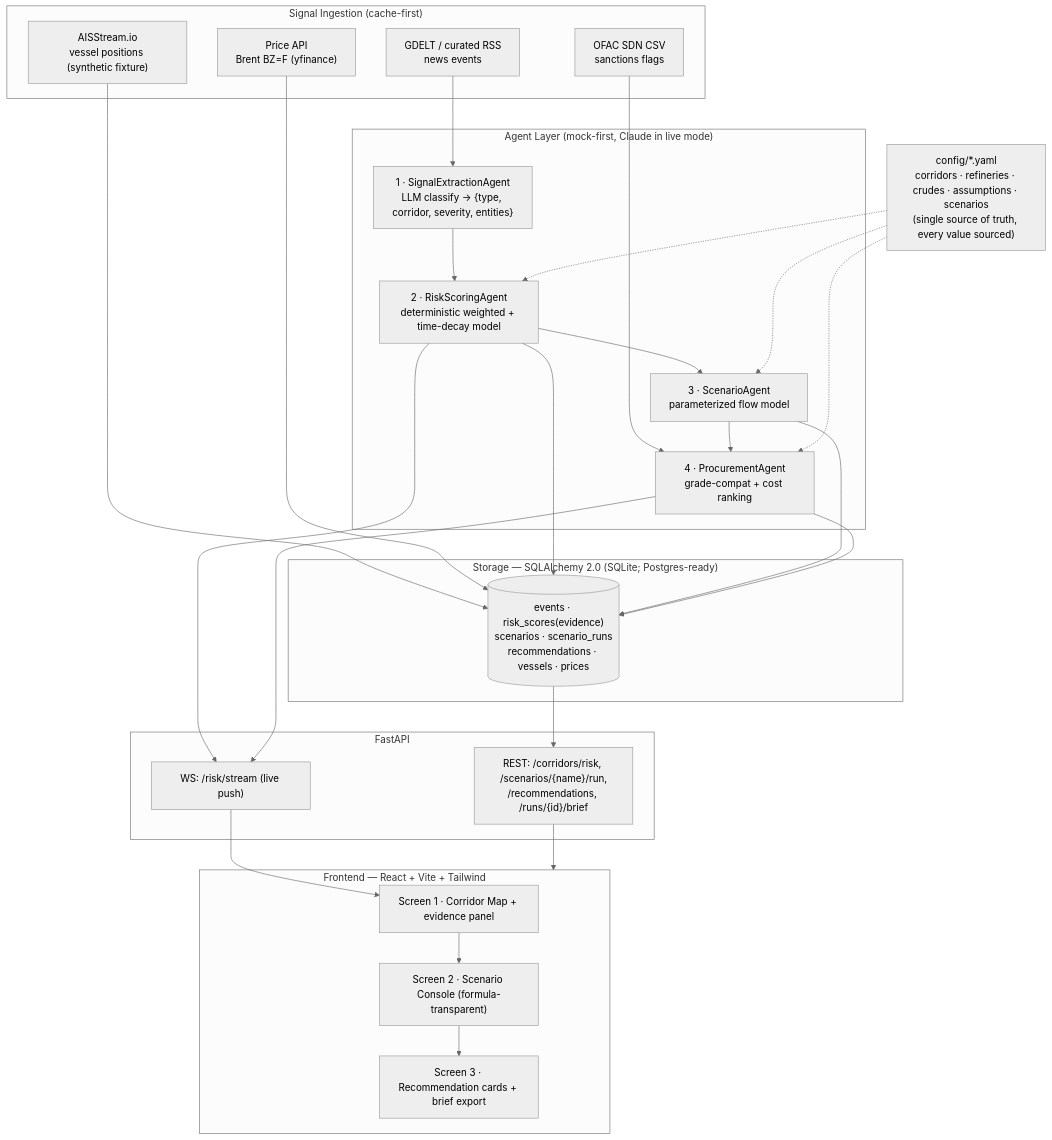
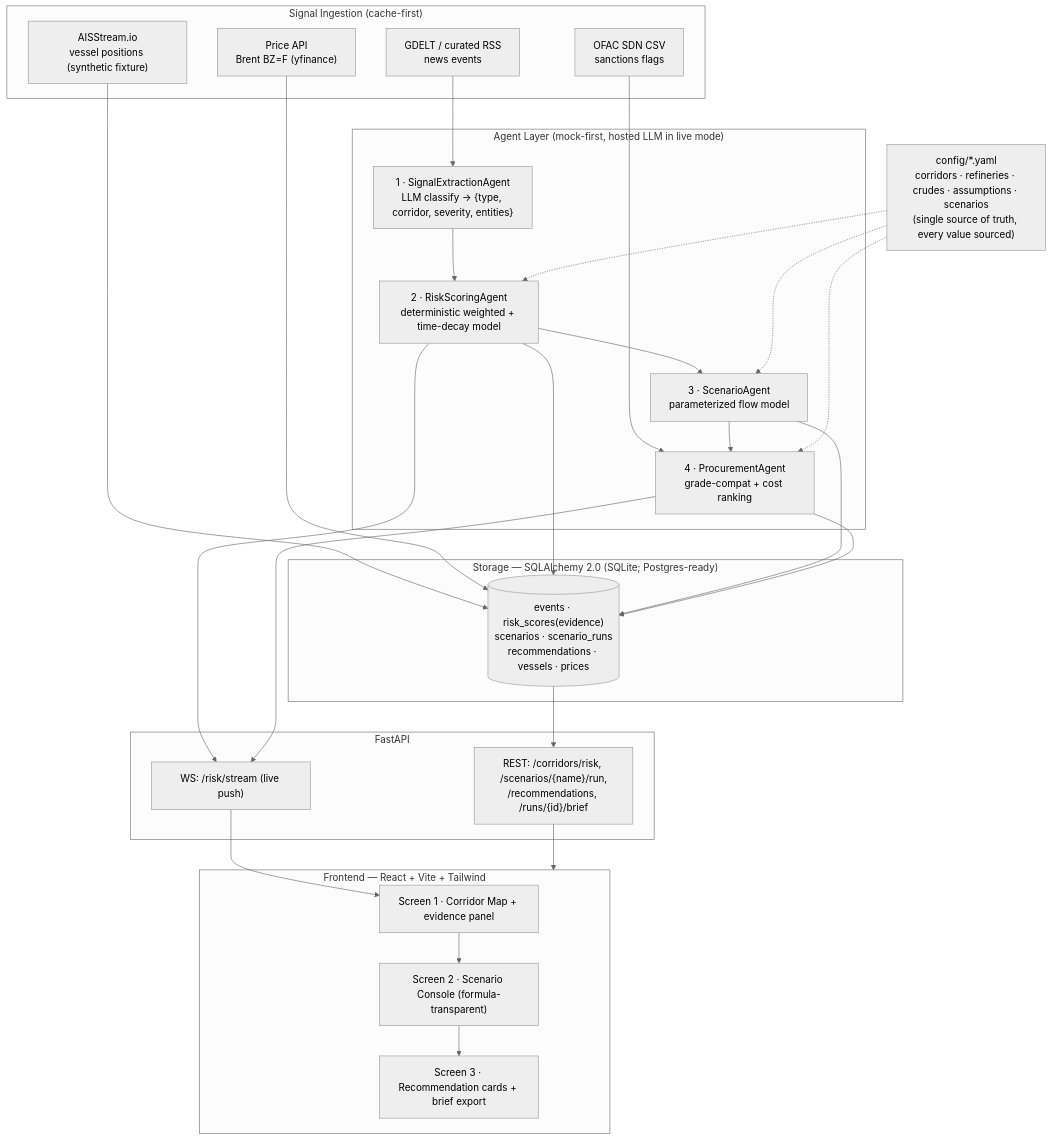
Before and after one commit to Amit-Yadav316/Sentinel: the first of 2 diagrams in docs/architecture.md, drawn with Mermaid (neutral theme). The commit also changed 7 other files, not shown here.

````diff
--- a/docs/architecture.md
+++ b/docs/architecture.md
@@ -11,51 +11,51 @@
 ```mermaid
 flowchart TB
   subgraph Ingestion["Signal Ingestion (cache-first)"]
     GDELT["GDELT / curated RSS<br/>news events"]
     AIS["AISStream.io<br/>vessel positions (synthetic fixture)"]
     PRICE["Price API<br/>Brent BZ=F (yfinance)"]
     OFAC["OFAC SDN CSV<br/>sanctions flags"]
   end
 
-  subgraph Agents["Agent Layer (mock-first, Claude in live mode)"]
+  subgraph Agents["Agent Layer (mock-first, hosted LLM in live mode)"]
     A1["1 · SignalExtractionAgent<br/>LLM classify → {type, corridor, severity, entities}"]
     A2["2 · RiskScoringAgent<br/>deterministic weighted + time-decay model"]
     A3["3 · ScenarioAgent<br/>parameterized flow model"]
     A4["4 · ProcurementAgent<br/>grade-compat + cost ranking"]
   end
 
   subgraph Storage["Storage — SQLAlchemy 2.0 (SQLite; Postgres-ready)"]
     DB[("events · risk_scores(evidence)<br/>scenarios · scenario_runs<br/>recommendations · vessels · prices")]
   end
 
   Config["config/*.yaml<br/>corridors · refineries · crudes · assumptions · scenarios<br/>(single source of truth, every value sourced)"]
 
   subgraph API["FastAPI"]
     REST["REST: /corridors/risk, /scenarios/{name}/run,<br/>/recommendations, /runs/{id}/brief"]
     WS["WS: /risk/stream (live push)"]
   end
 
   subgraph FE["Frontend — React + Vite + Tailwind"]
     S1["Screen 1 · Corridor Map + evidence panel"]
     S2["Screen 2 · Scenario Console (formula-transparent)"]
     S3["Screen 3 · Recommendation cards + brief export"]
   end
 
   GDELT --> A1
   AIS --> DB
   PRICE --> DB
   OFAC --> A4
   A1 --> A2 --> A3 --> A4
   Config -.-> A2
   Config -.-> A3
   Config -.-> A4
   A2 --> DB
   A3 --> DB
   A4 --> DB
   DB --> REST
   A2 --> WS
   A4 --> WS
   REST --> FE
   WS --> S1
   S1 --> S2 --> S3
 ```
````
